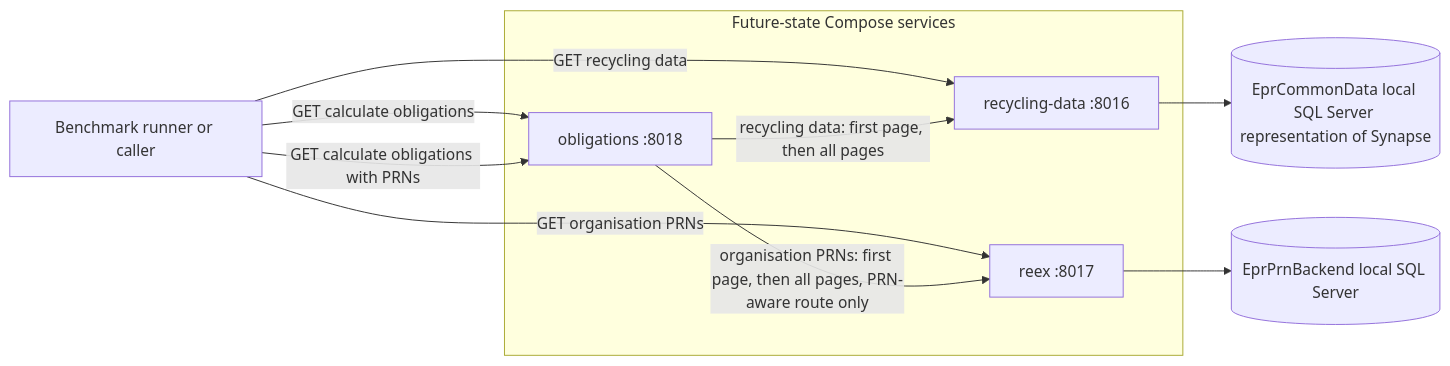
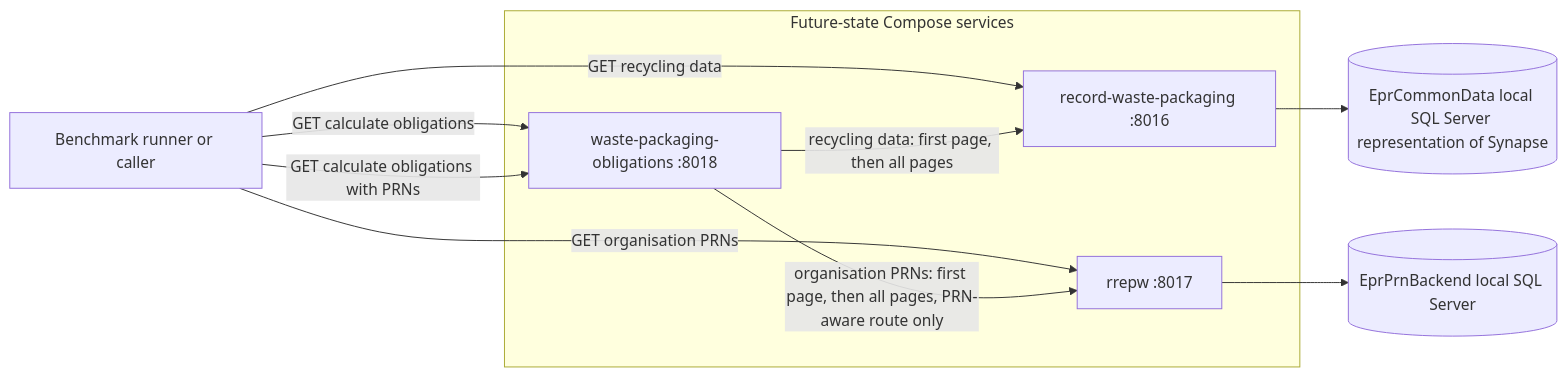
Before and after one commit to DEFRA/epr-local-environment: the diagram in future/benchmark/README.md, drawn with Mermaid. The commit also changed other lines of this file and 33 other files, not shown here.

````diff
--- a/future/benchmark/README.md
+++ b/future/benchmark/README.md
@@ -34,23 +42,23 @@
 ```mermaid
 flowchart LR
     caller[Benchmark runner or caller]
 
     subgraph future[Future-state Compose services]
-        recycling[recycling-data :8016]
-        reex[reex :8017]
-        obligations[obligations :8018]
+        recordWastePackaging[record-waste-packaging :8016]
+        rrepw[rrepw :8017]
+        wastePackagingObligations[waste-packaging-obligations :8018]
     end
 
     common[(EprCommonData local SQL Server representation of Synapse)]
     prn[(EprPrnBackend local SQL Server)]
 
-    caller -->|GET recycling data| recycling
-    caller -->|GET organisation PRNs| reex
-    caller -->|GET calculate obligations| obligations
-    caller -->|GET calculate obligations with PRNs| obligations
+    caller -->|GET recycling data| recordWastePackaging
+    caller -->|GET organisation PRNs| rrepw
+    caller -->|GET calculate obligations| wastePackagingObligations
+    caller -->|GET calculate obligations with PRNs| wastePackagingObligations
 
-    obligations -->|recycling data: first page, then all pages| recycling
-    obligations -->|organisation PRNs: first page, then all pages, PRN-aware route only| reex
-    recycling --> common
-    reex --> prn
+    wastePackagingObligations -->|recycling data: first page, then all pages| recordWastePackaging
+    wastePackagingObligations -->|organisation PRNs: first page, then all pages, PRN-aware route only| rrepw
+    recordWastePackaging --> common
+    rrepw --> prn
 ```
````
